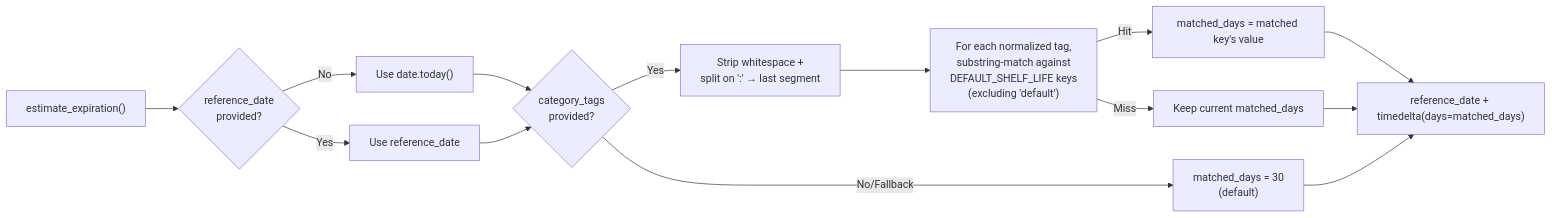
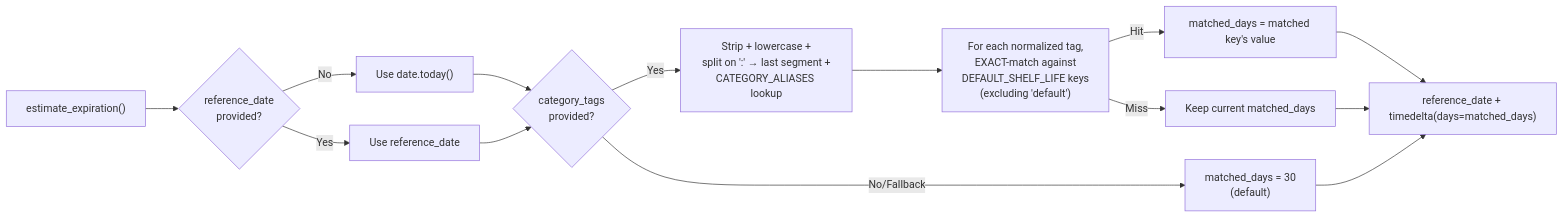
Before and after one commit to lorecanc/dispensapp: the diagram in wiki/modules/backend-service-expiration.md, drawn with Mermaid. The commit also changed other lines of this file and 55 other files, not shown here.

````diff
--- a/wiki/modules/backend-service-expiration.md
+++ b/wiki/modules/backend-service-expiration.md
@@ -39,16 +54,16 @@
 ```mermaid
 graph LR
     Start["estimate_expiration()"] --> RefDate{"reference_date<br>provided?"}
     RefDate -- No --> Today["Use date.today()"]
     RefDate -- Yes --> UseRef["Use reference_date"]
     Today --> Tags{"category_tags<br>provided?"}
     UseRef --> Tags
     Tags -- No/Fallback --> Default["matched_days = 30<br>(default)"]
-    Tags -- Yes --> Normalize["Strip whitespace +<br>split on ':' → last segment"]
-    Normalize --> Match["For each normalized tag,<br>substring-match against<br>DEFAULT_SHELF_LIFE keys<br>(excluding 'default')"]
+    Tags -- Yes --> Normalize["Strip + lowercase +<br>split on ':' → last segment +<br>CATEGORY_ALIASES lookup"]
+    Normalize --> Match["For each normalized tag,<br>EXACT-match against<br>DEFAULT_SHELF_LIFE keys<br/>(excluding 'default')"]
     Match -- Hit --> Override["matched_days = matched key's value"]
     Match -- Miss --> KeepDefault["Keep current matched_days"]
     Override --> Result["reference_date + timedelta(days=matched_days)"]
     KeepDefault --> Result
     Default --> Result
 ```
````
